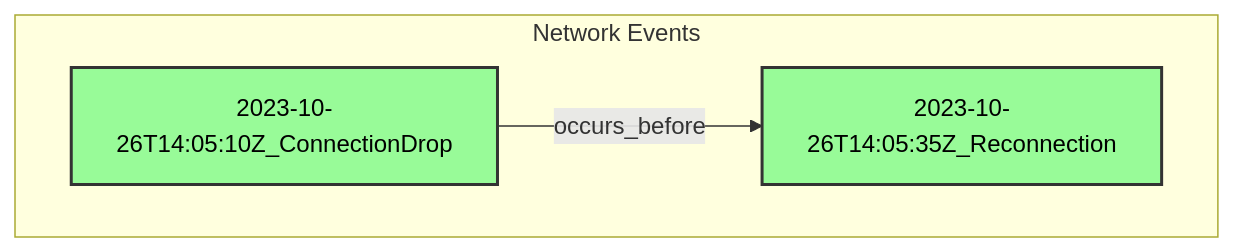
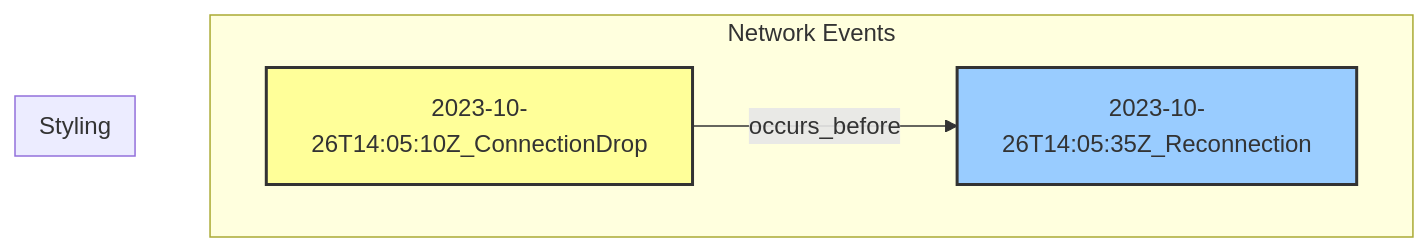
The second of 4 diagrams in docs/2_introduction.md (ikko/sym), drawn with Mermaid before and after one commit. The commit also changed other lines of this file and 6 other files, not shown here.

````diff
--- a/docs/2_introduction.md
+++ b/docs/2_introduction.md
@@ -100,12 +102,14 @@
 ```mermaid
 graph TD
     subgraph Network Events
         E1[2023-10-26T14:05:10Z_ConnectionDrop]
         E2[2023-10-26T14:05:35Z_Reconnection]
     end
 
     E1 -- occurs_before --> E2
 
-    style E1 fill:#98FB98,stroke:#333,stroke-width:2px,color:#000000
-    style E2 fill:#98FB98,stroke:#333,stroke-width:2px,color:#000000
+    subgraph "Styling"
+        style E1 fill:#ff9,stroke:#333,stroke-width:2px
+        style E2 fill:#9cf,stroke:#333,stroke-width:2px
+    end
 ```
````
